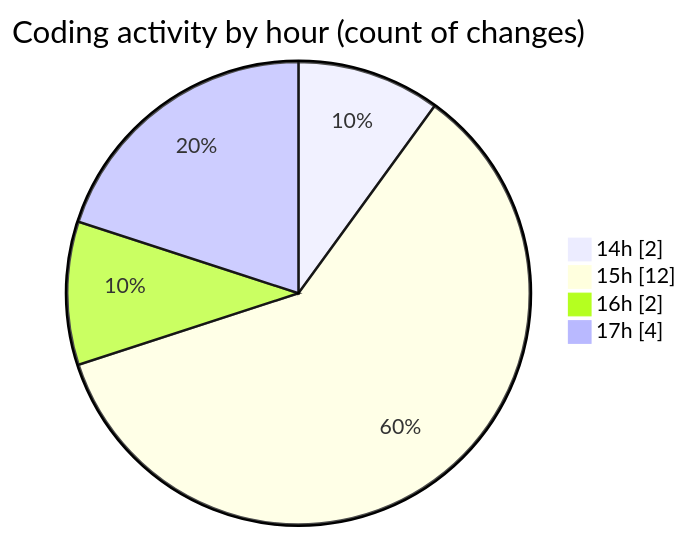
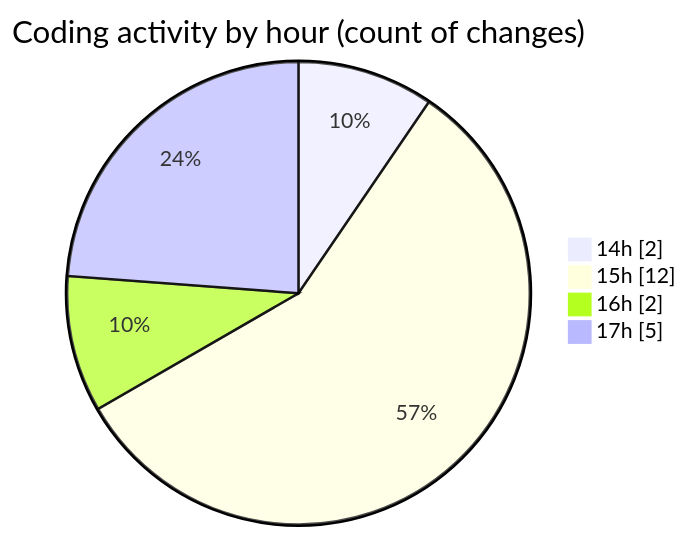
One commit to ricardozamudiocil/code-tracking changed the second of 2 diagrams in 2026-09-30/cilreports__workspace_/README.md. Above: the diagram before and after it, drawn with Mermaid. The commit also changed other lines of this file and 1 other file, not shown here.

````diff
--- a/2026-09-30/cilreports__workspace_/README.md
+++ b/2026-09-30/cilreports__workspace_/README.md
@@ -34,8 +34,8 @@
 ```mermaid
 pie showData
 title Coding activity by hour (count of changes)
 "14h" : 2
 "15h" : 12
 "16h" : 2
-"17h" : 4
+"17h" : 5
 ```
````
